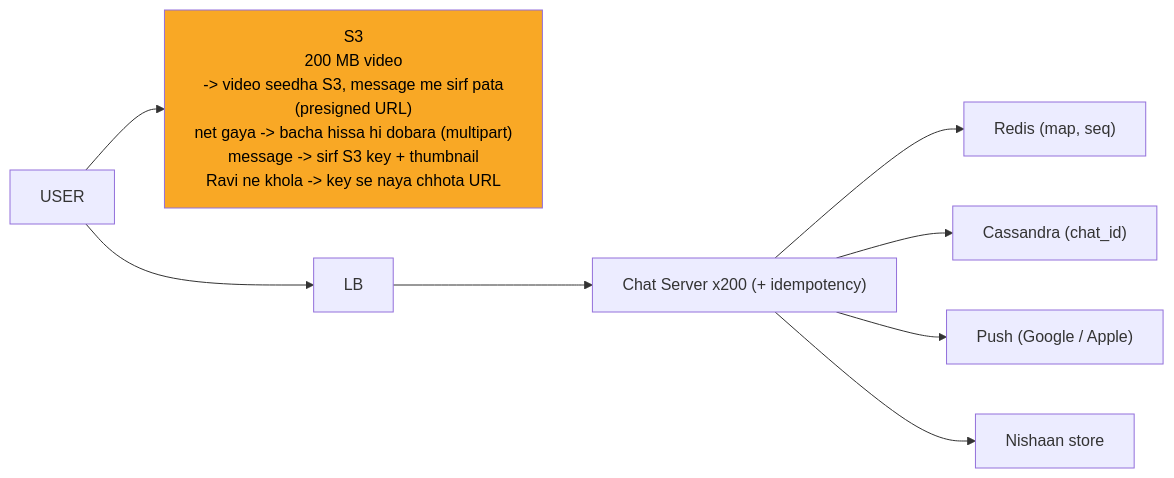
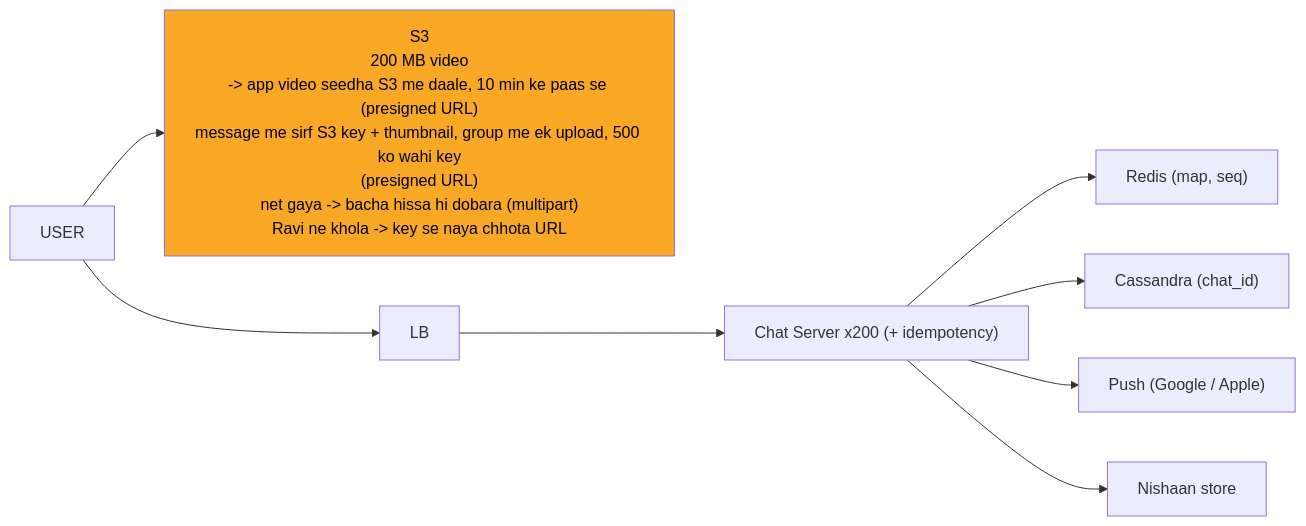
Before and after one commit to ArpanMaheshwari144/Prep: the tenth of 12 diagrams in 04_HLD/SYSTEM_DESIGNS/14_chat_messaging/14_chat_messaging.md, drawn with Mermaid. The commit also changed other lines of this file and 13 other files, not shown here.

````diff
--- a/04_HLD/SYSTEM_DESIGNS/14_chat_messaging/14_chat_messaging.md
+++ b/04_HLD/SYSTEM_DESIGNS/14_chat_messaging/14_chat_messaging.md
@@ -434,20 +437,20 @@
 ```mermaid
 %%{init: {"flowchart": {"wrappingWidth": 450}}}%%
 flowchart LR
-    n_S3["S3<br/>200 MB video<br/>-> video seedha S3, message me sirf pata<br/>(presigned URL)<br/>net gaya -> bacha hissa hi dobara (multipart)<br/>message -> sirf S3 key + thumbnail<br/>Ravi ne khola -> key se naya chhota URL"]
+    n_S3["S3<br/>200 MB video<br/>-> app video seedha S3 me daale, 10 min ke paas se (presigned URL)<br/>message me sirf S3 key + thumbnail, group me ek upload, 500 ko wahi key<br/>(presigned URL)<br/>net gaya -> bacha hissa hi dobara (multipart)<br/>Ravi ne khola -> key se naya chhota URL"]
     n_U["USER"]
     n_LB["LB"]
     n_CS["Chat Server x200 (+ idempotency)"]
     n_R["Redis (map, seq)"]
     n_CA["Cassandra (chat_id)"]
     n_P["Push (Google / Apple)"]
     n_NS["Nishaan store"]
     n_U --> n_S3
     n_U --> n_LB
     n_LB --> n_CS
     n_CS --> n_R
     n_CS --> n_CA
     n_CS --> n_P
     n_CS --> n_NS
     style n_S3 fill:#f9a825,color:#000
 ```
````
